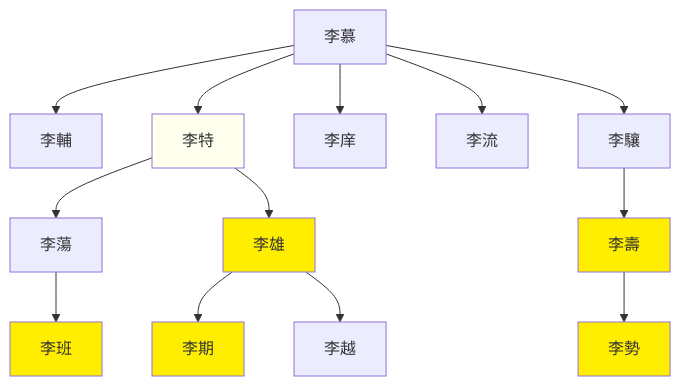
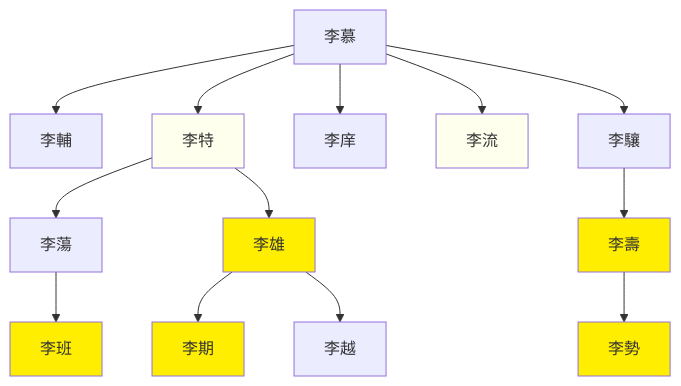
The diagram in 2_世系圖表/2.2_并立政權/晉/十六國/成漢世系圖表.md (gamefang/zizhitongjian), drawn with Mermaid before and after one commit. The commit also changed 14 other files, not shown here.

````diff
--- a/2_世系圖表/2.2_并立政權/晉/十六國/成漢世系圖表.md
+++ b/2_世系圖表/2.2_并立政權/晉/十六國/成漢世系圖表.md
@@ -14,24 +14,24 @@
 ```mermaid
 graph TB
 
 李慕-->李輔
 李慕-->李特
 李慕-->李庠
 李慕-->李流
 李慕-->李驤
 
 李特-->李蕩
 李特-->李雄
 李驤-->李壽
 
 李蕩-->李班
 李雄-->李期
 李雄-->李越
 李壽-->李勢
 
 classDef king fill:#ffee00
 class 李雄,李班,李期,李壽,李勢 king
 
 classDef founder fill:#ffffee
-class 李特 founder
+class 李特,李流 founder
 ```
````
